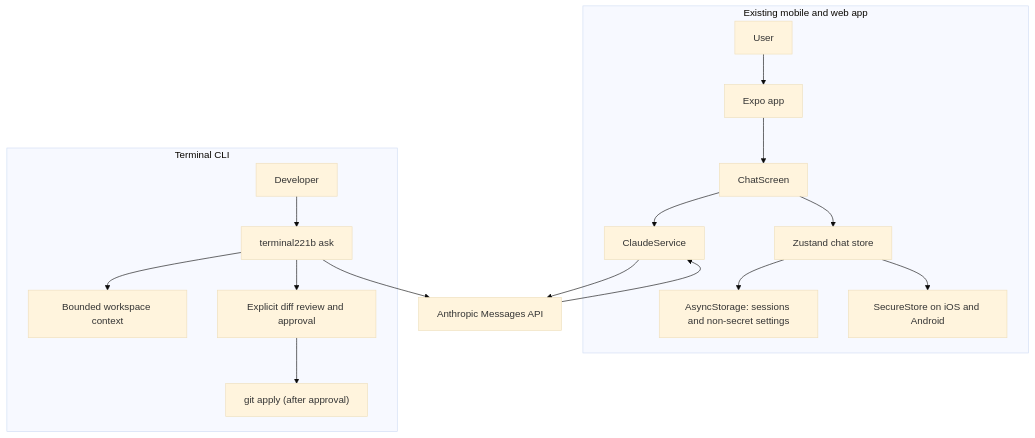
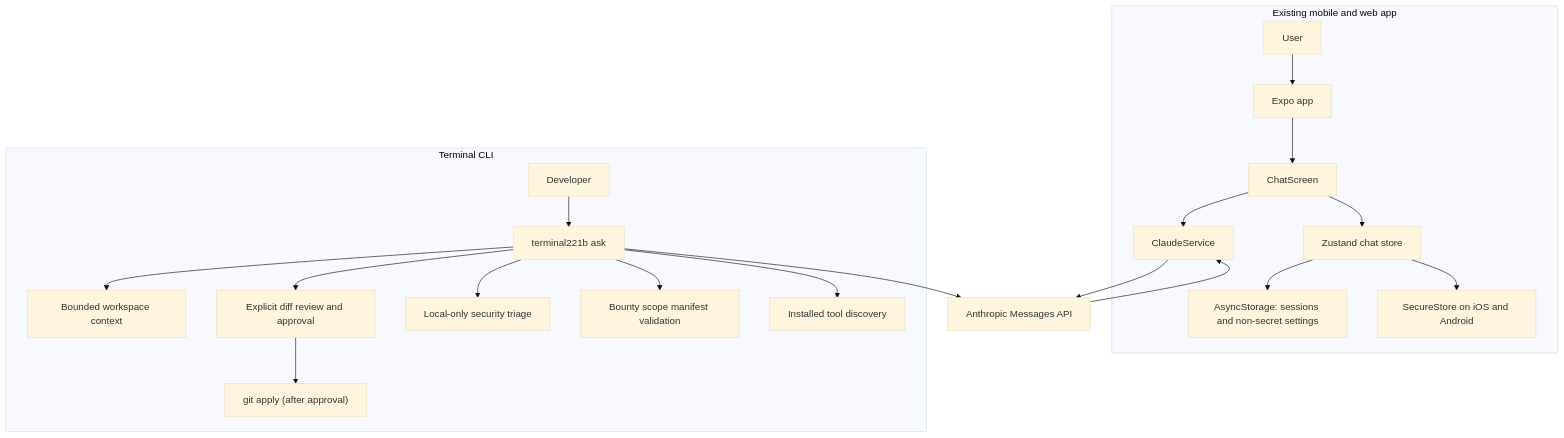
One commit to BoozeLee/terminal221b changed the diagram in README.md. Above: the diagram before and after it, drawn with Mermaid (base theme). The commit also changed other lines of this file and 16 other files, not shown here.

Commit message:
feat: add local security and toolchain workflows

````diff
--- a/README.md
+++ b/README.md
@@ -14,20 +14,23 @@
 ```mermaid
 flowchart TD
     subgraph Mobile["Existing mobile and web app"]
       User --> App["Expo app"]
       App --> Chat["ChatScreen"]
       Chat --> Store["Zustand chat store"]
       Store --> Sessions["AsyncStorage: sessions and non-secret settings"]
       Store --> Key["SecureStore on iOS and Android"]
       Chat --> Service["ClaudeService"]
     end
     subgraph Terminal["Terminal CLI"]
       Developer --> CLI["terminal221b ask"]
       CLI --> Context["Bounded workspace context"]
       CLI --> Approval["Explicit diff review and approval"]
       Approval --> GitApply["git apply (after approval)"]
+      CLI --> LocalScan["Local-only security triage"]
+      CLI --> Scope["Bounty scope manifest validation"]
+      CLI --> Tools["Installed tool discovery"]
     end
     Service --> API["Anthropic Messages API"]
     CLI --> API
     API --> Service
 ```
````
